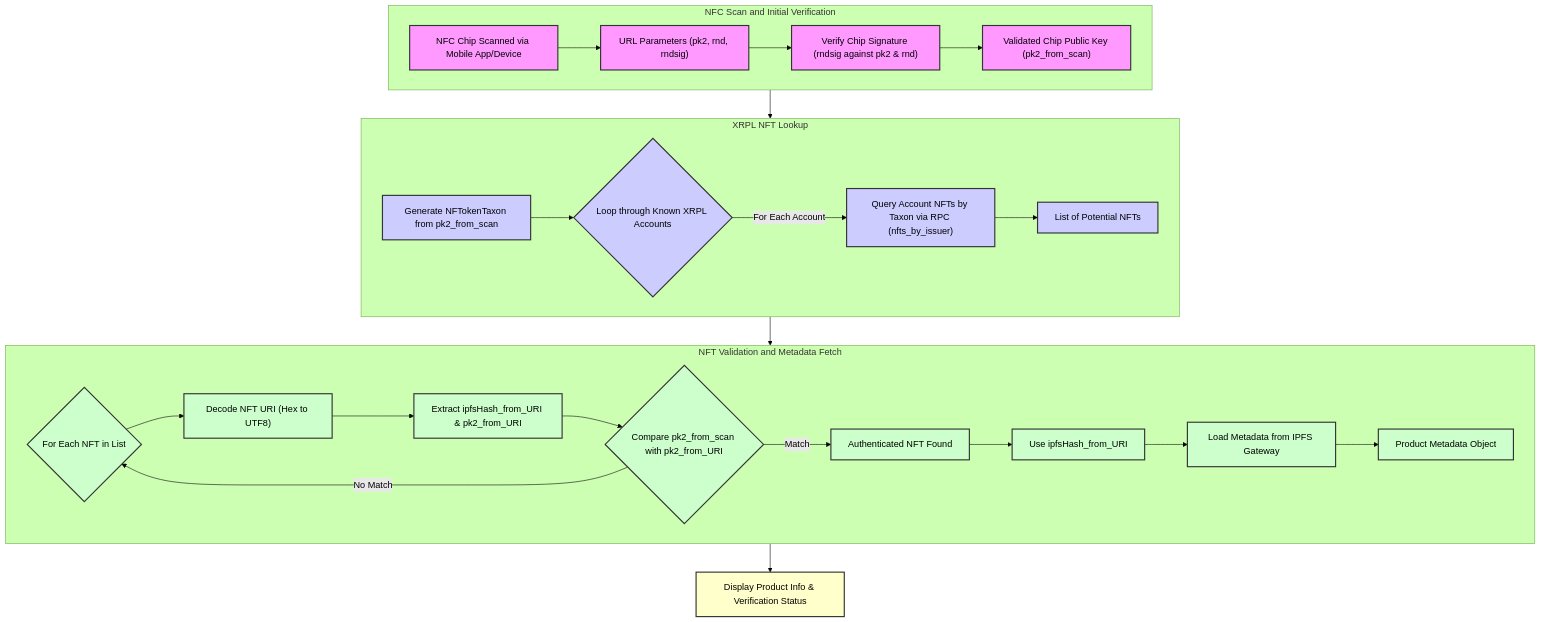
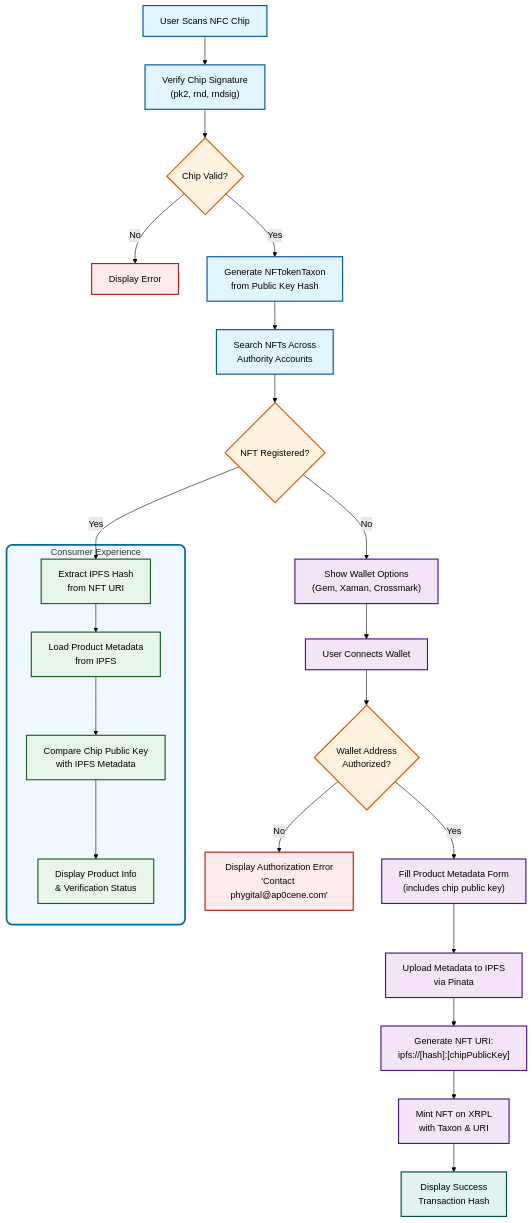
Before and after one commit to ap0cene/ap0cene-encode: the diagram in README.md, drawn with Mermaid (forest theme).

Commit message:
added mermaid diagram

````diff
--- a/README.md
+++ b/README.md
@@ -9,43 +9,51 @@
 ```mermaid
 flowchart TD
-    subgraph "NFC Scan and Initial Verification"
-        direction LR
-        Scan["NFC Chip Scanned via Mobile App/Device"] --> URLParams["URL Parameters (pk2, rnd, rndsig)"]
-        URLParams --> InitialSigVer["Verify Chip Signature (rndsig against pk2 & rnd)"]
-        InitialSigVer --> ChipPK["Validated Chip Public Key (pk2_from_scan)"]
+    Start["User Scans NFC Chip"] --> VerifyChip["Verify Chip Signature<br/>(pk2, rnd, rndsig)"]
+    VerifyChip --> ChipValid{Chip Valid?}
+
+    ChipValid -- No --> Error["Display Error"]
+    ChipValid -- Yes --> ComputeTaxon["Generate NFTokenTaxon<br/>from Public Key Hash"]
+
+    ComputeTaxon --> SearchNFT["Search NFTs Across<br/>Authority Accounts"]
+    SearchNFT --> NFTExists{NFT Registered?}
+
+    %% YES PATH - Verification Flow
+    NFTExists -- Yes --> ExtractURI
+
+    subgraph consumer["Consumer Experience"]
+        ExtractURI["Extract IPFS Hash<br/>from NFT URI"]
+        ExtractURI --> LoadIPFS["Load Product Metadata<br/>from IPFS"]
+        LoadIPFS --> VerifyMatch["Compare Chip Public Key<br/>with IPFS Metadata"]
+        VerifyMatch --> DisplayProduct["Display Product Info<br/>& Verification Status"]
     end
 
-    subgraph "XRPL NFT Lookup"
-        direction LR
-        ChipPK --> GenTaxon["Generate NFTokenTaxon from pk2_from_scan"]
-        GenTaxon --> SearchAccounts{"Loop through Known XRPL Accounts"}
-        SearchAccounts -- "For Each Account" --> RPC["Query Account NFTs by Taxon via RPC (nfts_by_issuer)"]
-        RPC --> NFTList["List of Potential NFTs"]
-    end
+    %% NO PATH - Registration Flow
+    NFTExists -- No --> ShowWallets["Show Wallet Options<br/>(Gem, Xaman, Crossmark)"]
+    ShowWallets --> ConnectWallet["User Connects Wallet"]
+    ConnectWallet --> CheckAuth{Wallet Address<br/>Authorized?}
 
-    subgraph "NFT Validation and Metadata Fetch"
-        direction LR
-        NFTList --> FilterLoop{"For Each NFT in List"}
-        FilterLoop --> DecodeURI["Decode NFT URI (Hex to UTF8)"]
-        DecodeURI --> ExtractData["Extract ipfsHash_from_URI & pk2_from_URI"]
-        ExtractData --> VerifyMatch{"Compare pk2_from_scan with pk2_from_URI"}
-        VerifyMatch -- "Match" --> MatchedNFT["Authenticated NFT Found"]
-        VerifyMatch -- "No Match" --> FilterLoop
-        MatchedNFT --> IPFSHash["Use ipfsHash_from_URI"]
-        IPFSHash --> IPFSGateway["Load Metadata from IPFS Gateway"]
-        IPFSGateway --> ProductMetadata["Product Metadata Object"]
-    end
+    CheckAuth -- No --> AuthError["Display Authorization Error<br/>'Contact phygital@ap0cene.com'"]
+    CheckAuth -- Yes --> FillMetadata["Fill Product Metadata Form<br/>(includes chip public key)"]
 
-    ProductMetadata --> UI["Display Product Info & Verification Status"]
+    FillMetadata --> UploadIPFS["Upload Metadata to IPFS<br/>via Pinata"]
+    UploadIPFS --> CreateURI["Generate NFT URI:<br/>ipfs://[hash]:[chipPublicKey]"]
+    CreateURI --> MintNFT["Mint NFT on XRPL<br/>with Taxon & URI"]
+    MintNFT --> Success["Display Success<br/>Transaction Hash"]
 
-    %% Styling (Optional - can be removed if too verbose for README)
-    classDef scan fill:#f9f,stroke:#333,stroke-width:2px;
-    classDef xrpl fill:#ccf,stroke:#333,stroke-width:2px;
-    classDef validation fill:#cfc,stroke:#333,stroke-width:2px;
-    classDef display fill:#ffc,stroke:#333,stroke-width:2px;
+    %% Styling
+    classDef scan fill:#e1f5fe,stroke:#01579b,stroke-width:2px;
+    classDef decision fill:#fff3e0,stroke:#e65100,stroke-width:2px;
+    classDef verification fill:#e8f5e9,stroke:#1b5e20,stroke-width:2px;
+    classDef registration fill:#f3e5f5,stroke:#4a148c,stroke-width:2px;
+    classDef error fill:#ffebee,stroke:#b71c1c,stroke-width:2px;
+    classDef success fill:#e0f2f1,stroke:#004d40,stroke-width:2px;
 
-    class Scan,URLParams,InitialSigVer,ChipPK scan;
-    class GenTaxon,SearchAccounts,RPC,NFTList xrpl;
-    class FilterLoop,DecodeURI,ExtractData,VerifyMatch,MatchedNFT,IPFSHash,IPFSGateway,ProductMetadata validation;
-    class UI display;
+    style consumer fill:#f0f9ff,stroke:#0369a1,stroke-width:3px,rx:10,ry:10
+
+    class Start,VerifyChip,ComputeTaxon,SearchNFT scan;
+    class ChipValid,NFTExists,CheckAuth decision;
+    class ExtractURI,LoadIPFS,VerifyMatch,DisplayProduct verification;
+    class ShowWallets,ConnectWallet,FillMetadata,UploadIPFS,CreateURI,MintNFT registration;
+    class Error,AuthError error;
+    class Success success;
 ```
````
